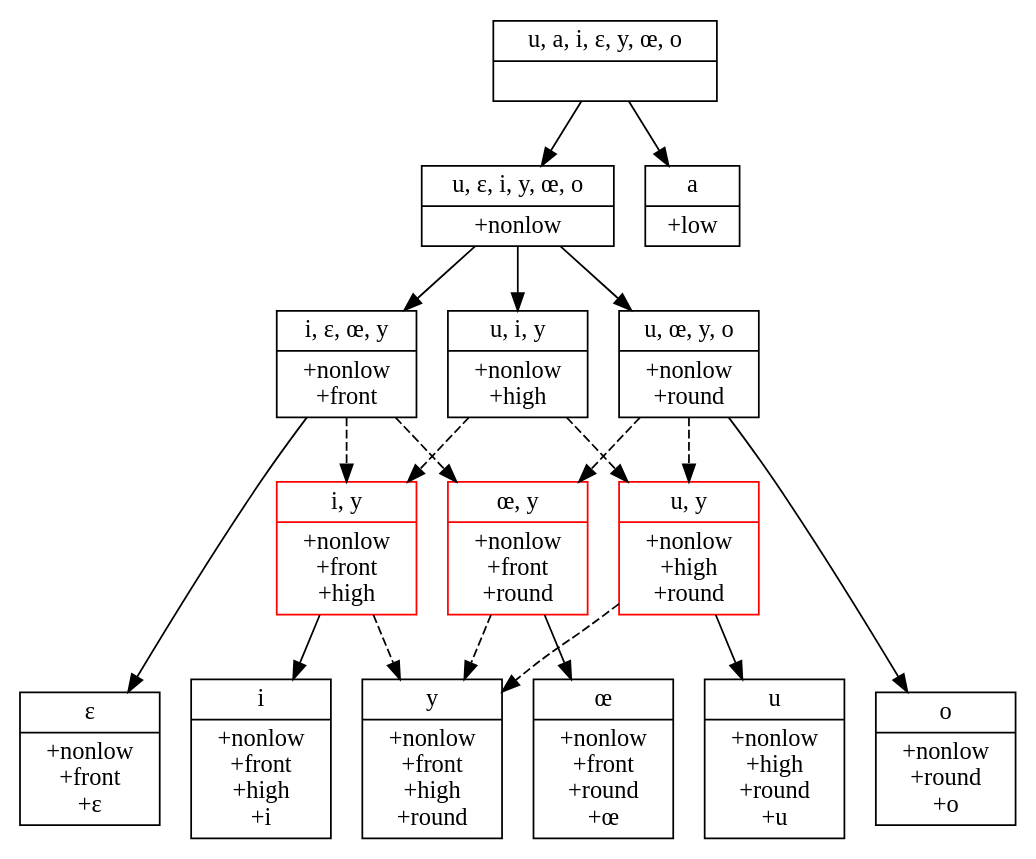
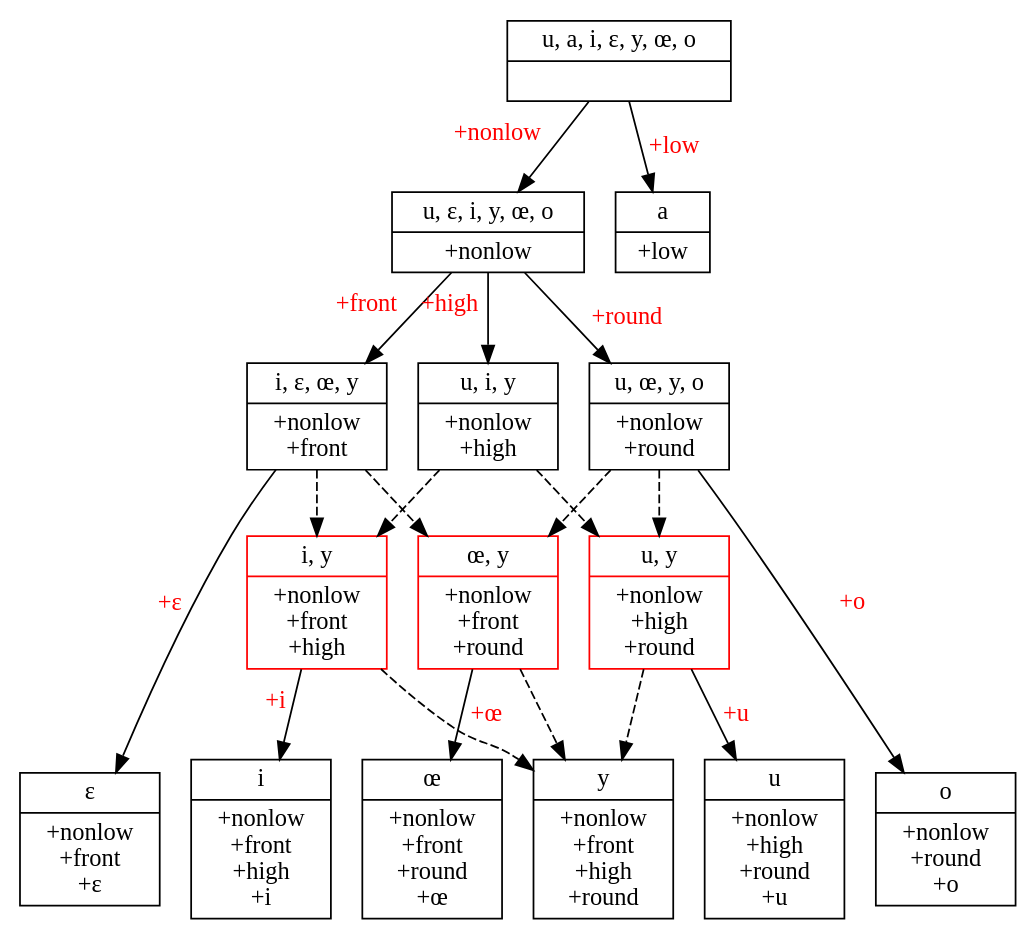
One commit to rdaland/Pheatures changed the diagram in squib/diagrams/vowel_inventory_privative.gv. Above: the diagram before and after it, drawn with Graphviz. The commit also changed 1 other file, not shown here.

Commit message:
<sigh> still had to do a couple more changes on Fig. 4, and the accompanying text

```diff
--- a/squib/diagrams/vowel_inventory_privative.gv
+++ b/squib/diagrams/vowel_inventory_privative.gv
@@ -1,32 +1,35 @@
 // None
 digraph {
 	0 [label="{<segs> u, a, i, ɛ, y, œ, o |<feats>  }",shape=record]
 	1 [label="{<segs> u, ɛ, i, y, œ, o |<feats> +nonlow }",shape=record]
 	2 [label="{<segs> i, ɛ, œ, y |<feats> +nonlow\n+front }",shape=record]
 	3 [label="{<segs> u, œ, y, o |<feats> +nonlow\n+round }",shape=record]
 	4 [label="{<segs> u, i, y |<feats> +nonlow\n+high }",shape=record]
 	5 [label="{<segs> i |<feats> +nonlow\n+front\n+high\n+i }",shape=record]
 	6 [label="{<segs> y |<feats> +nonlow\n+front\n+high\n+round }",shape=record]
 	7 [label="{<segs> u |<feats> +nonlow\n+high\n+round\n+u }",shape=record]
 	8 [label="{<segs> ɛ |<feats> +nonlow\n+front\n+ɛ }",shape=record]
 	9 [label="{<segs> œ |<feats> +nonlow\n+front\n+round\n+œ }",shape=record]
 	10 [label="{<segs> o |<feats> +nonlow\n+round\n+o }",shape=record]
 	11 [label="{<segs> a |<feats> +low }",shape=record]
 	12 [label="{<segs> œ, y |<feats> +nonlow\n+front\n+round }",shape=record,color=red]
 	13 [label="{<segs> i, y |<feats> +nonlow\n+front\n+high }",shape=record,color=red]
 	14 [label="{<segs> u, y |<feats> +nonlow\n+high\n+round }",shape=record,color=red]
 
-	0 -> {1 11}
-	1 -> {2 3 4}
+	0 -> 1 [xlabel="+nonlow",fontcolor=red]
+	0 -> 11 [label="+low",fontcolor=red]
+	1 -> 2 [xlabel="+front",fontcolor=red]
+	1 -> 3 [label="+round",fontcolor=red]
+	1 -> 4 [xlabel="+high",fontcolor=red]
 	{2 3} -> 12 [style=dashed]
 	{3 4} -> 14 [style=dashed]
 	{2 4} -> 13 [style=dashed]
-	2 -> 8
-	3 -> 10
+	2 -> 8 [xlabel="+ɛ",fontcolor=red]
+	3 -> 10[label="+o",fontcolor=red]
 	{12 13 14} -> 6 [style=dashed]
-	12 -> 9
-	13 -> 5
-	14 -> 7
+	12 -> 9 [label="+œ",fontcolor=red]
+	13 -> 5 [xlabel="+i",fontcolor=red]
+	14 -> 7 [label="+u",fontcolor=red]
 {rank=same; 5 6 7 8 9 10}
 {rank=same; 1 11}
 }
```
